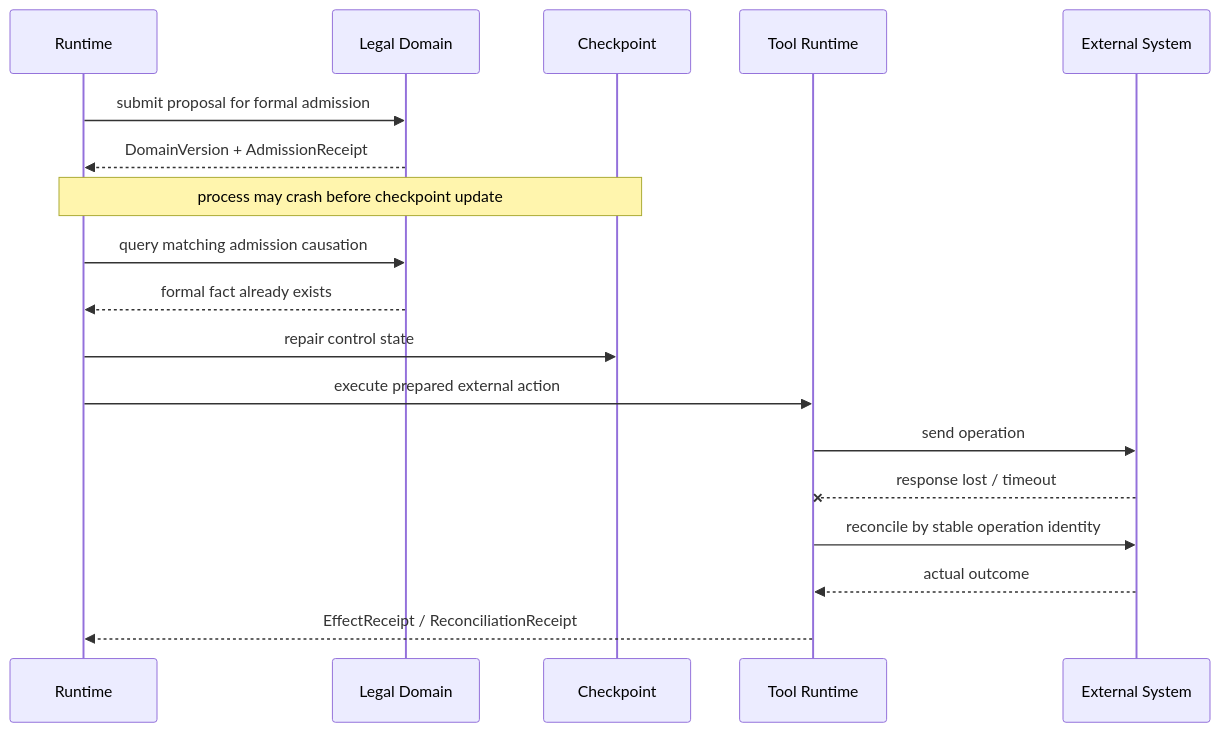
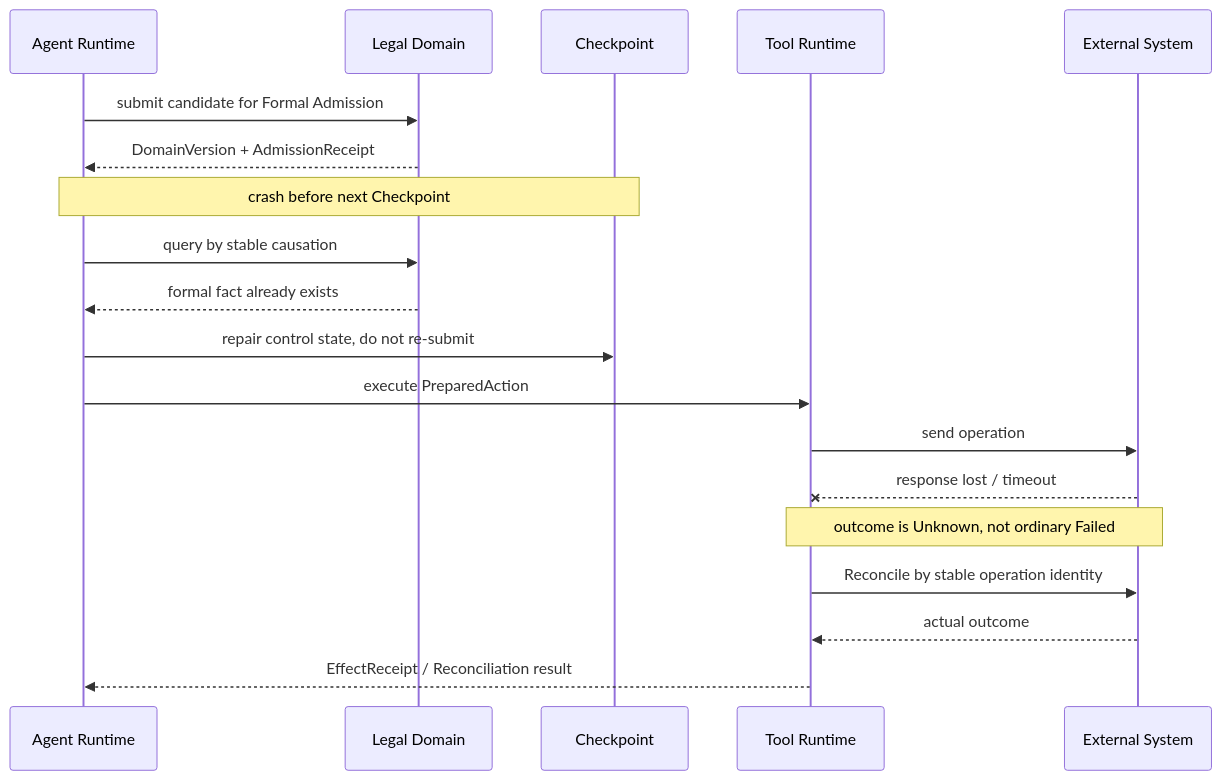
One commit to ProfessorZhi/Zuno changed the fifth of 6 diagrams in docs/architecture/architecture-views.md. Above: the diagram before and after it, drawn with Mermaid. The commit also changed other lines of this file and 7 other files, not shown here.

First line of the commit message:
docs: redesign architecture around fact authority and recovery

````diff
--- a/docs/architecture/architecture-views.md
+++ b/docs/architecture/architecture-views.md
@@ -148,22 +117,23 @@
 ```mermaid
 sequenceDiagram
-  participant R as Runtime
+  participant R as Agent Runtime
   participant D as Legal Domain
   participant C as Checkpoint
   participant T as Tool Runtime
   participant X as External System
 
-  R->>D: submit proposal for formal admission
+  R->>D: submit candidate for Formal Admission
   D-->>R: DomainVersion + AdmissionReceipt
-  Note over R,C: process may crash before checkpoint update
-  R->>D: query matching admission causation
+  Note over R,C: crash before next Checkpoint
+  R->>D: query by stable causation
   D-->>R: formal fact already exists
-  R->>C: repair control state
+  R->>C: repair control state, do not re-submit
 
-  R->>T: execute prepared external action
+  R->>T: execute PreparedAction
   T->>X: send operation
   X--xT: response lost / timeout
-  T->>X: reconcile by stable operation identity
+  Note over T,X: outcome is Unknown, not ordinary Failed
+  T->>X: Reconcile by stable operation identity
   X-->>T: actual outcome
-  T-->>R: EffectReceipt / ReconciliationReceipt
+  T-->>R: EffectReceipt / Reconciliation result
 ```
````
